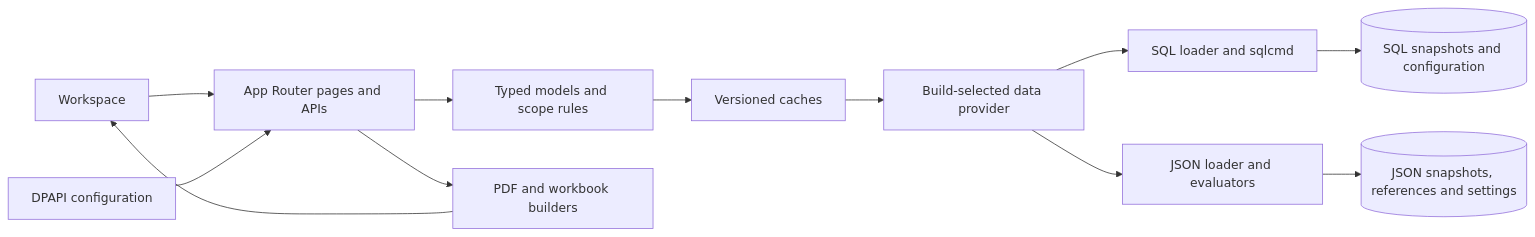
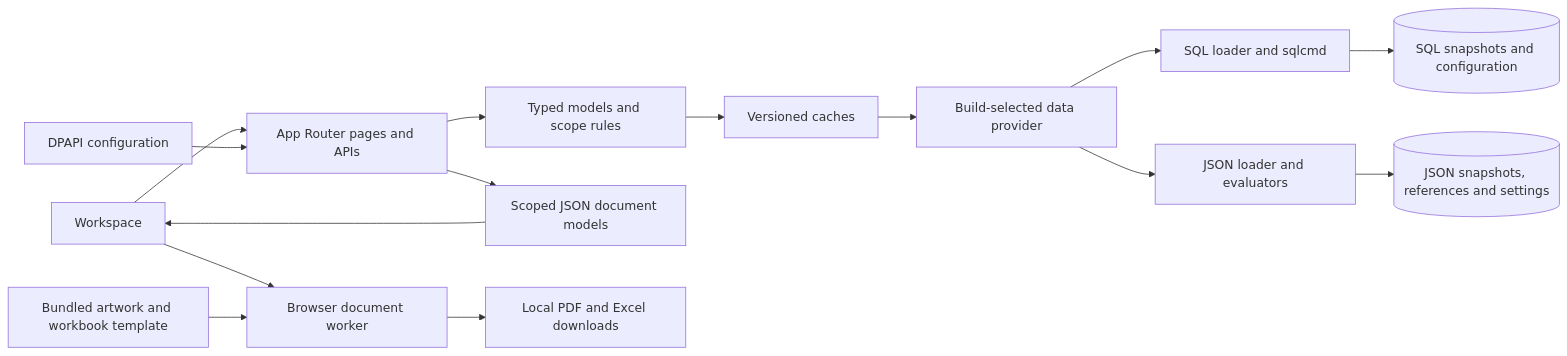
The diagram in docs/architecture.md (TSAATMothership/tsaat_3.0_demo), drawn with Mermaid before and after one commit. The commit also changed other lines of this file and 135 other files, not shown here.

````diff
--- a/docs/architecture.md
+++ b/docs/architecture.md
@@ -33,14 +33,17 @@
 ```mermaid
 flowchart LR
   Browser[Workspace] --> Routes[App Router pages and APIs]
   Routes --> Models[Typed models and scope rules]
   Models --> Cache[Versioned caches]
   Cache --> Loader[Build-selected data provider]
   Loader --> SQLCMD[SQL loader and sqlcmd]
   SQLCMD --> DB[(SQL snapshots and configuration)]
   Loader --> JSON[JSON loader and evaluators]
   JSON --> Files[(JSON snapshots, references and settings)]
-  Routes --> Reports[PDF and workbook builders]
-  Reports --> Browser
+  Routes --> Data[Scoped JSON document models]
+  Data --> Browser
+  Browser --> Worker[Browser document worker]
+  Assets[Bundled artwork and workbook template] --> Worker
+  Worker --> Download[Local PDF and Excel downloads]
   Local[DPAPI configuration] --> Routes
 ```
````
